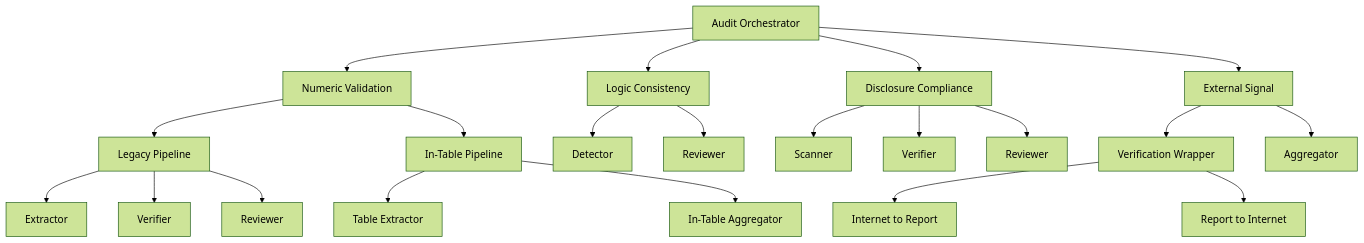
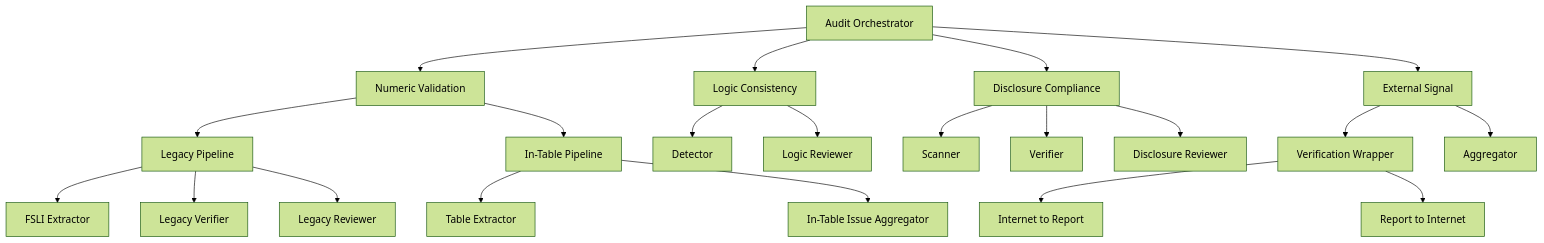
The diagram in backend/agents/README.md (ogasimli/veritas-ai), drawn with Mermaid (forest theme) before and after one commit. The commit also changed 54 other files, not shown here.

First line of the commit message:
refactor: global naming alignment and dummy service schema fixes

````diff
--- a/backend/agents/README.md
+++ b/backend/agents/README.md
@@ -20,30 +20,30 @@
 ```mermaid
 graph TD
     Root[Audit Orchestrator] --> NV[Numeric Validation]
     Root --> LC[Logic Consistency]
     Root --> DC[Disclosure Compliance]
     Root --> ES[External Signal]
 
     NV --> NV_Legacy[Legacy Pipeline]
     NV --> NV_InTable[In-Table Pipeline]
 
-    NV_Legacy --> NV_Ext[Extractor]
-    NV_Legacy --> NV_Ver[Verifier]
-    NV_Legacy --> NV_Rev[Reviewer]
+    NV_Legacy --> NV_Ext[FSLI Extractor]
+    NV_Legacy --> NV_Ver[Legacy Verifier]
+    NV_Legacy --> NV_Rev[Legacy Reviewer]
 
     NV_InTable --> NV_TabExt[Table Extractor]
-    NV_InTable --> NV_TabAgg[In-Table Aggregator]
+    NV_InTable --> NV_TabAgg[In-Table Issue Aggregator]
 
     LC --> LC_Det[Detector]
-    LC --> LC_Rev[Reviewer]
+    LC --> LC_Rev[Logic Reviewer]
 
     DC --> DC_Scan[Scanner]
     DC --> DC_Ver[Verifier]
-    DC --> DC_Rev[Reviewer]
+    DC --> DC_Rev[Disclosure Reviewer]
 
     ES --> ES_Verif[Verification Wrapper]
     ES --> ES_Agg[Aggregator]
 
     ES_Verif --> ES_ITR[Internet to Report]
     ES_Verif --> ES_RTI[Report to Internet]
 ```
````
